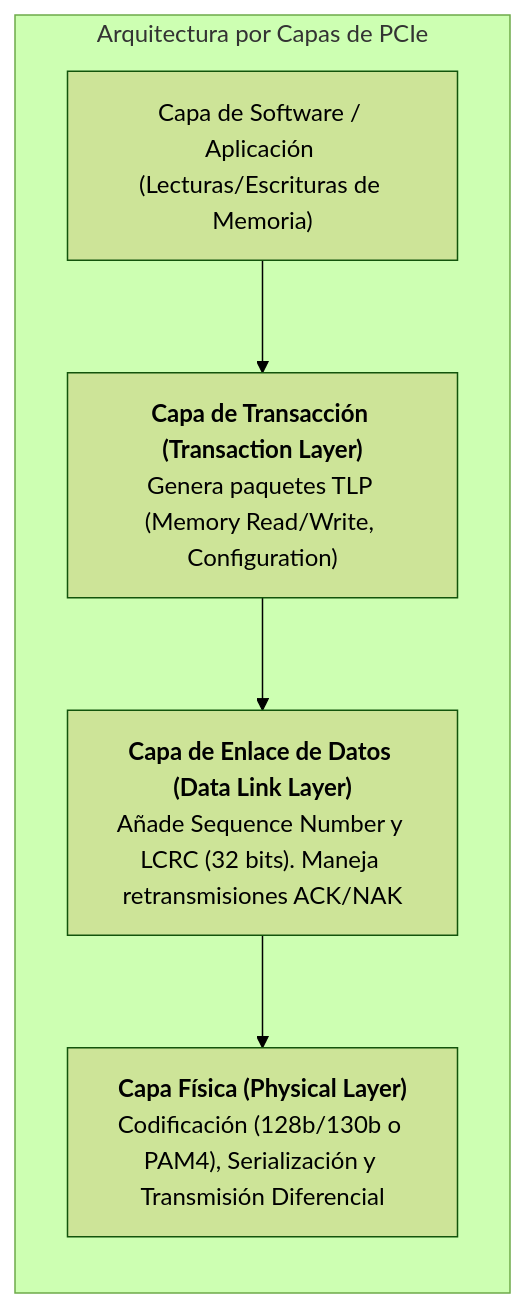
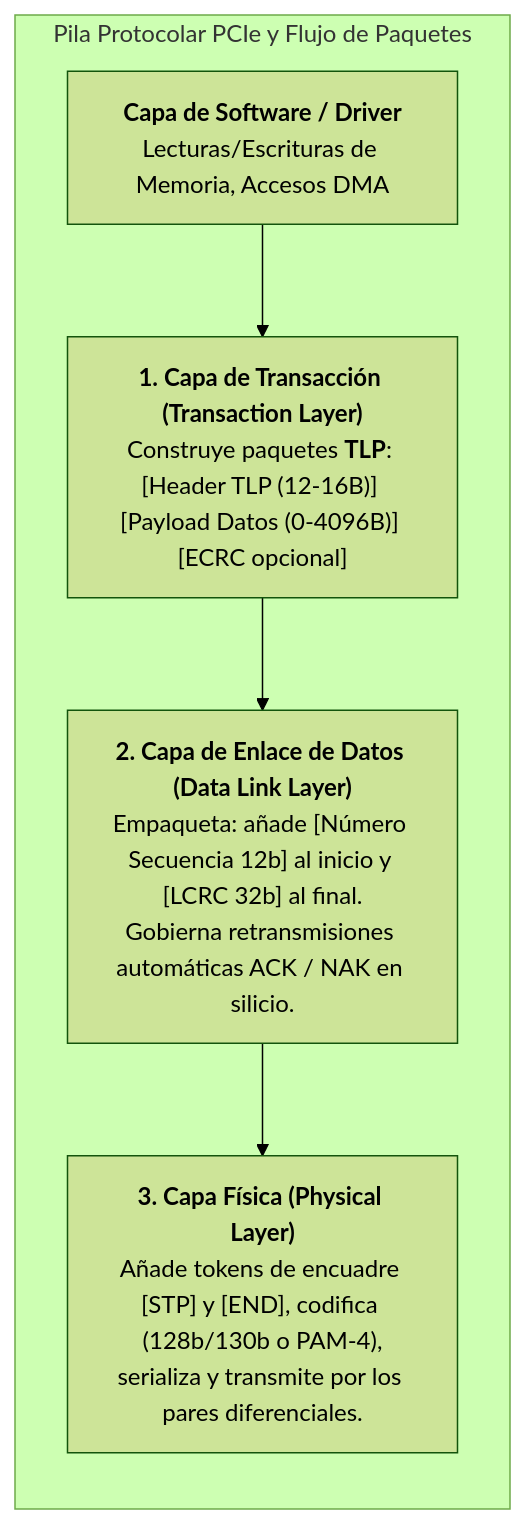
The third of 7 diagrams in Obsidian/pregrado/Documentos/Arquitectura de computadores/Buses, Interconexion y Comunicacion de Entrada-Salida (DMA e Interrupciones).md (kalech7/notes), drawn with Mermaid (forest theme) before and after one commit. The commit also changed other lines of this file and 7 other files, not shown here.

Commit message:
docs(arquitectura): auditoria pedagogica y tecnica completada con subagentes en microarquitectura, memoria, mmu, buses y gpu

````diff
--- a/Obsidian/pregrado/Documentos/Arquitectura de computadores/Buses, Interconexion y Comunicacion de Entrada-Salida (DMA e Interrupciones).md
+++ b/Obsidian/pregrado/Documentos/Arquitectura de computadores/Buses, Interconexion y Comunicacion de Entrada-Salida (DMA e Interrupciones).md
@@ -136,12 +174,12 @@
 ```mermaid
 flowchart TD
-    subgraph CapasPCIe ["Arquitectura por Capas de PCIe"]
+    subgraph CapasPCIe ["Pila Protocolar PCIe y Flujo de Paquetes"]
         direction TB
-        App["Capa de Software / Aplicación (Lecturas/Escrituras de Memoria)"]
-        TL["<b>Capa de Transacción (Transaction Layer)</b><br>Genera paquetes TLP (Memory Read/Write, Configuration)"]
-        DLL["<b>Capa de Enlace de Datos (Data Link Layer)</b><br>Añade Sequence Number y LCRC (32 bits). Maneja retransmisiones ACK/NAK"]
-        PHY["<b>Capa Física (Physical Layer)</b><br>Codificación (128b/130b o PAM4), Serialización y Transmisión Diferencial"]
+        App["<b>Capa de Software / Driver</b><br>Lecturas/Escrituras de Memoria, Accesos DMA"]
+        TL["<b>1. Capa de Transacción (Transaction Layer)</b><br>Construye paquetes <b>TLP</b>: [Header TLP (12-16B)] [Payload Datos (0-4096B)] [ECRC opcional]"]
+        DLL["<b>2. Capa de Enlace de Datos (Data Link Layer)</b><br>Empaqueta: añade [Número Secuencia 12b] al inicio y [LCRC 32b] al final.<br>Gobierna retransmisiones automáticas ACK / NAK en silicio."]
+        PHY["<b>3. Capa Física (Physical Layer)</b><br>Añade tokens de encuadre [STP] y [END], codifica (128b/130b o PAM-4),<br>serializa y transmite por los pares diferenciales."]
     end
 
     App --> TL --> DLL --> PHY
 ```
````
